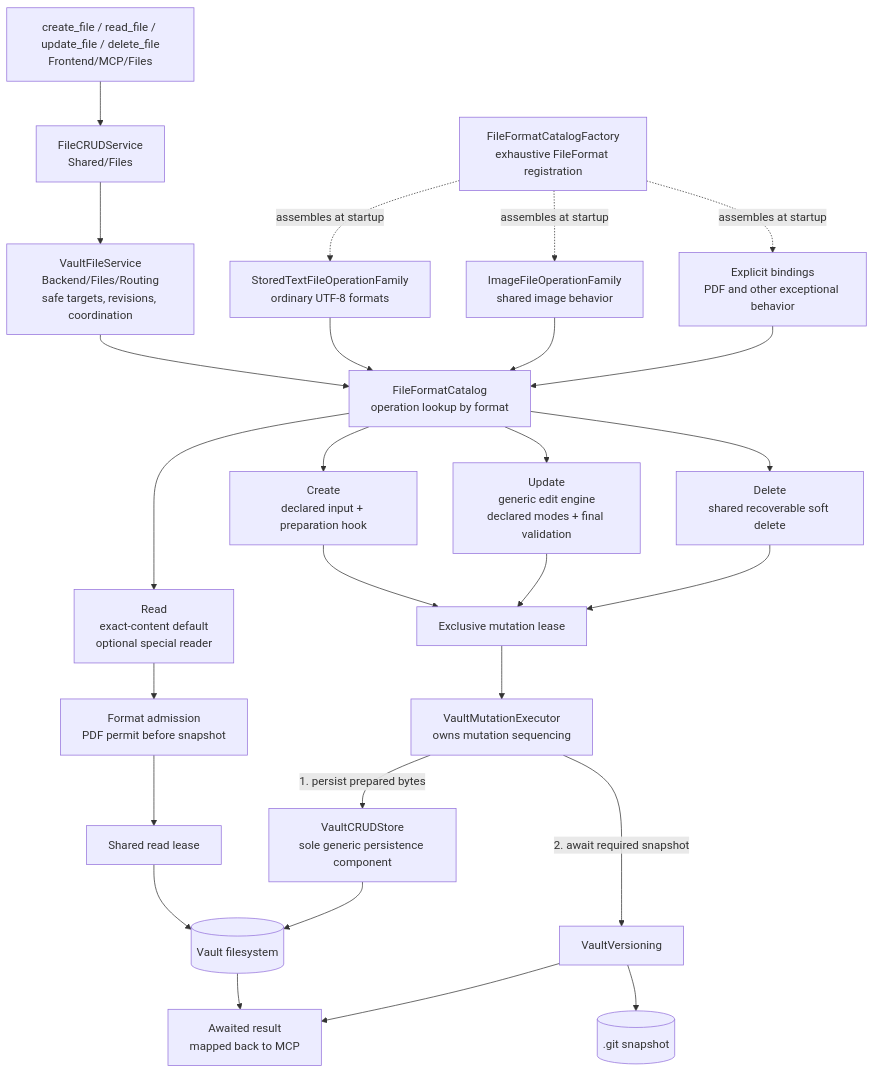
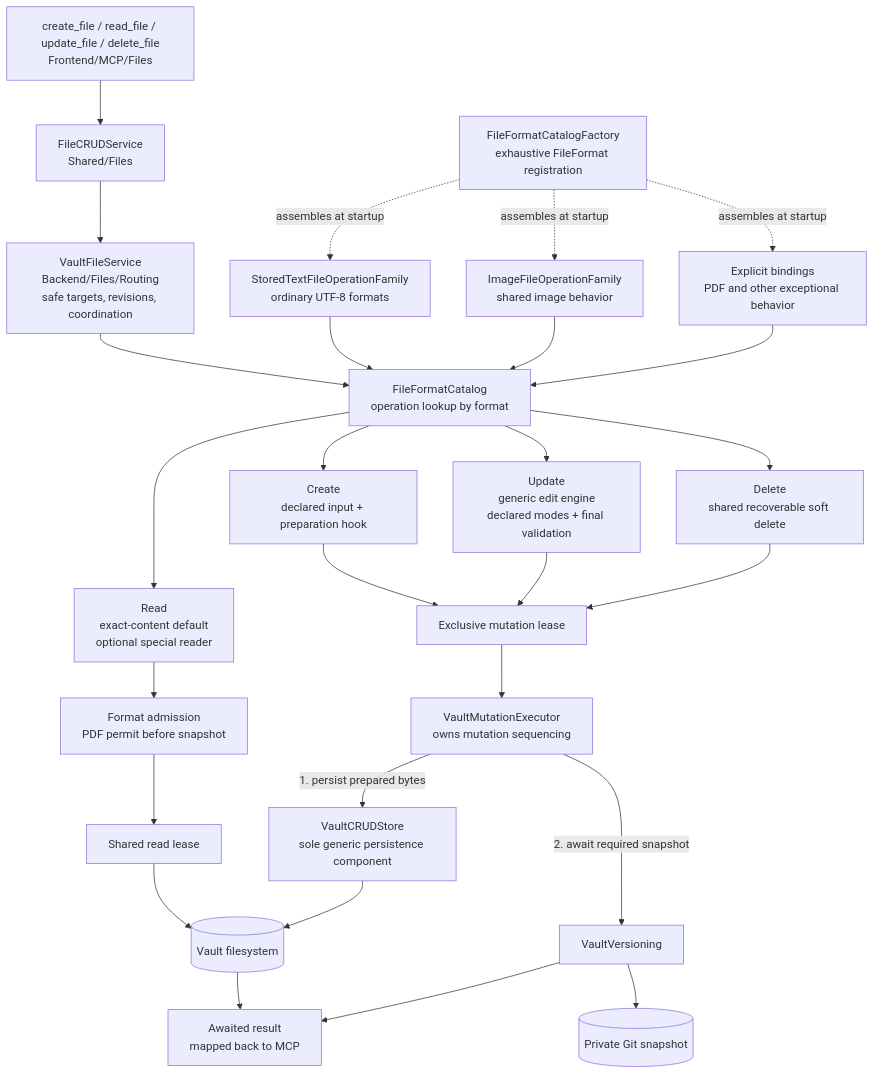
The second of 2 diagrams in README.md (bitbemol/second-brain-mcp), drawn with Mermaid before and after one commit. The commit also changed other lines of this file and 25 other files, not shown here.

Commit message:
Fix snapshot isolation from user Git locks

````diff
--- a/README.md
+++ b/README.md
@@ -480,49 +489,49 @@
 ```mermaid
 flowchart TD
     Tools["create_file / read_file / update_file / delete_file<br/>Frontend/MCP/Files"]
     Port["FileCRUDService<br/>Shared/Files"]
     Service["VaultFileService<br/>Backend/Files/Routing<br/>safe targets, revisions, coordination"]
 
     Factory["FileFormatCatalogFactory<br/>exhaustive FileFormat registration"]
     TextFamily["StoredTextFileOperationFamily<br/>ordinary UTF-8 formats"]
     ImageFamily["ImageFileOperationFamily<br/>shared image behavior"]
     Explicit["Explicit bindings<br/>PDF and other exceptional behavior"]
     Catalog["FileFormatCatalog<br/>operation lookup by format"]
 
     Create["Create<br/>declared input + preparation hook"]
     Read["Read<br/>exact-content default<br/>optional special reader"]
     Update["Update<br/>generic edit engine<br/>declared modes + final validation"]
     Delete["Delete<br/>shared recoverable soft delete"]
 
     ReadAdmission["Format admission<br/>PDF permit before snapshot"]
     ReadLease["Shared read lease"]
     MutationLease["Exclusive mutation lease"]
     Store["VaultCRUDStore<br/>sole generic persistence component"]
     Executor["VaultMutationExecutor<br/>owns mutation sequencing"]
     Versioning["VaultVersioning"]
     Vault[("Vault filesystem")]
-    Git[(".git snapshot")]
+    Git[("Private Git snapshot")]
     Result["Awaited result<br/>mapped back to MCP"]
 
     Tools --> Port --> Service --> Catalog
     Factory -. "assembles at startup" .-> TextFamily
     Factory -. "assembles at startup" .-> ImageFamily
     Factory -. "assembles at startup" .-> Explicit
     TextFamily --> Catalog
     ImageFamily --> Catalog
     Explicit --> Catalog
 
     Catalog --> Create
     Catalog --> Read
     Catalog --> Update
     Catalog --> Delete
 
     Read --> ReadAdmission --> ReadLease --> Vault --> Result
     Create --> MutationLease
     Update --> MutationLease
     Delete --> MutationLease
     MutationLease --> Executor
     Executor -->|"1. persist prepared bytes"| Store --> Vault
     Executor -->|"2. await required snapshot"| Versioning --> Git
     Versioning --> Result
 ```
````
